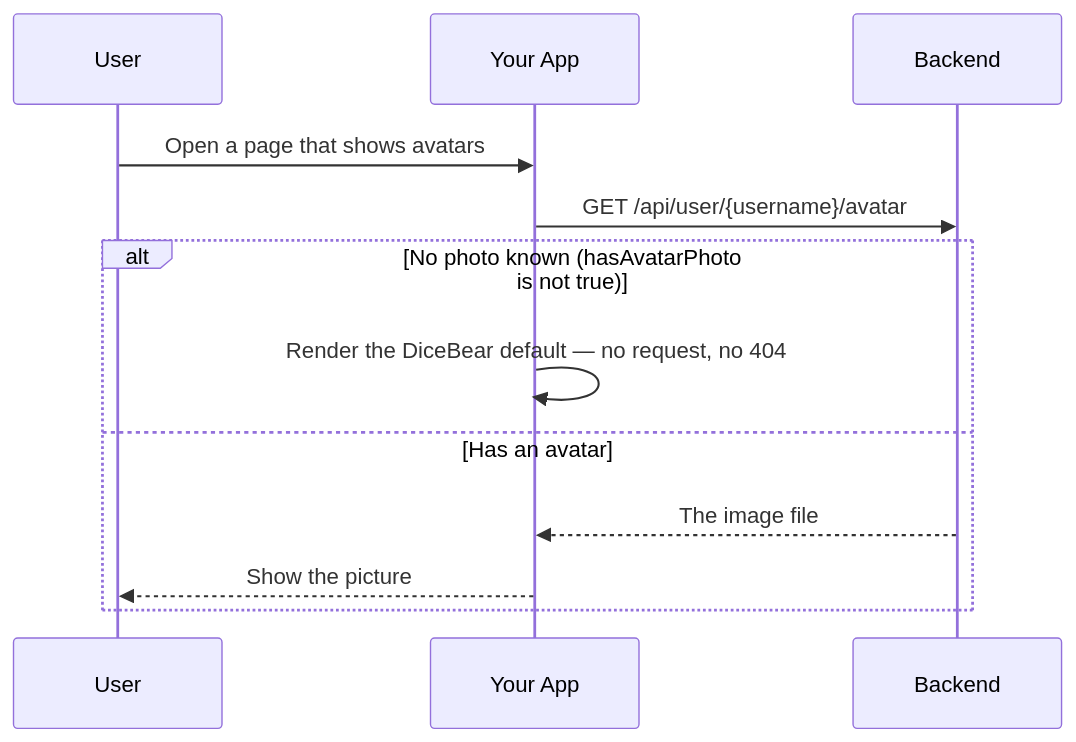
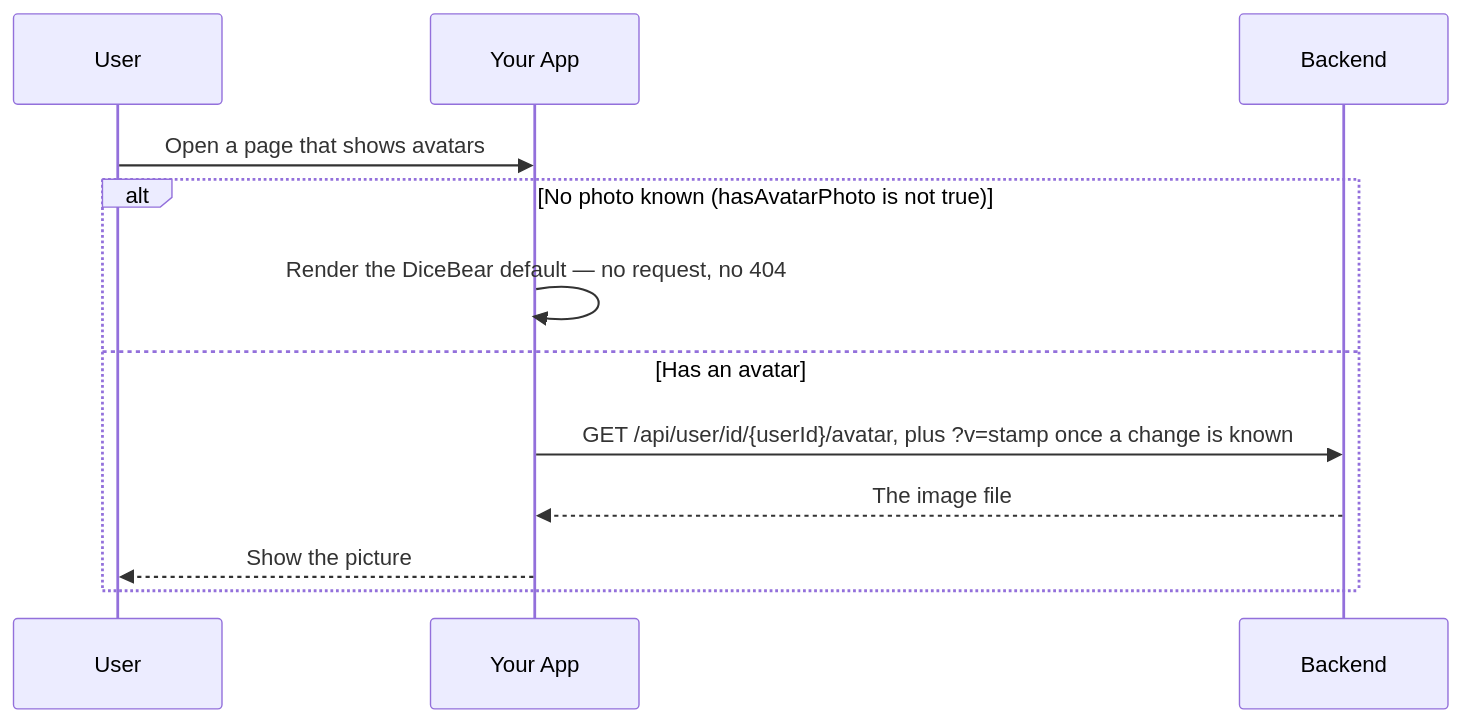
One commit to JaxzTan/ft_transcendence changed the fourth of 5 diagrams in docs/backend/backend-user-module.md. Above: the diagram before and after it, drawn with Mermaid. The commit also changed other lines of this file and 68 other files, not shown here.

````diff
--- a/docs/backend/backend-user-module.md
+++ b/docs/backend/backend-user-module.md
@@ -159,15 +163,15 @@
 ```mermaid
 sequenceDiagram
     participant User
     participant Site as Your App
     participant Server as Backend
 
     User->>Site: Open a page that shows avatars
-    Site->>Server: GET /api/user/{username}/avatar
     alt No photo known (hasAvatarPhoto is not true)
         Site->>Site: Render the DiceBear default — no request, no 404
     else Has an avatar
+        Site->>Server: GET /api/user/id/{userId}/avatar, plus ?v=stamp once a change is known
         Server-->>Site: The image file
         Site-->>User: Show the picture
     end
 ```
````
